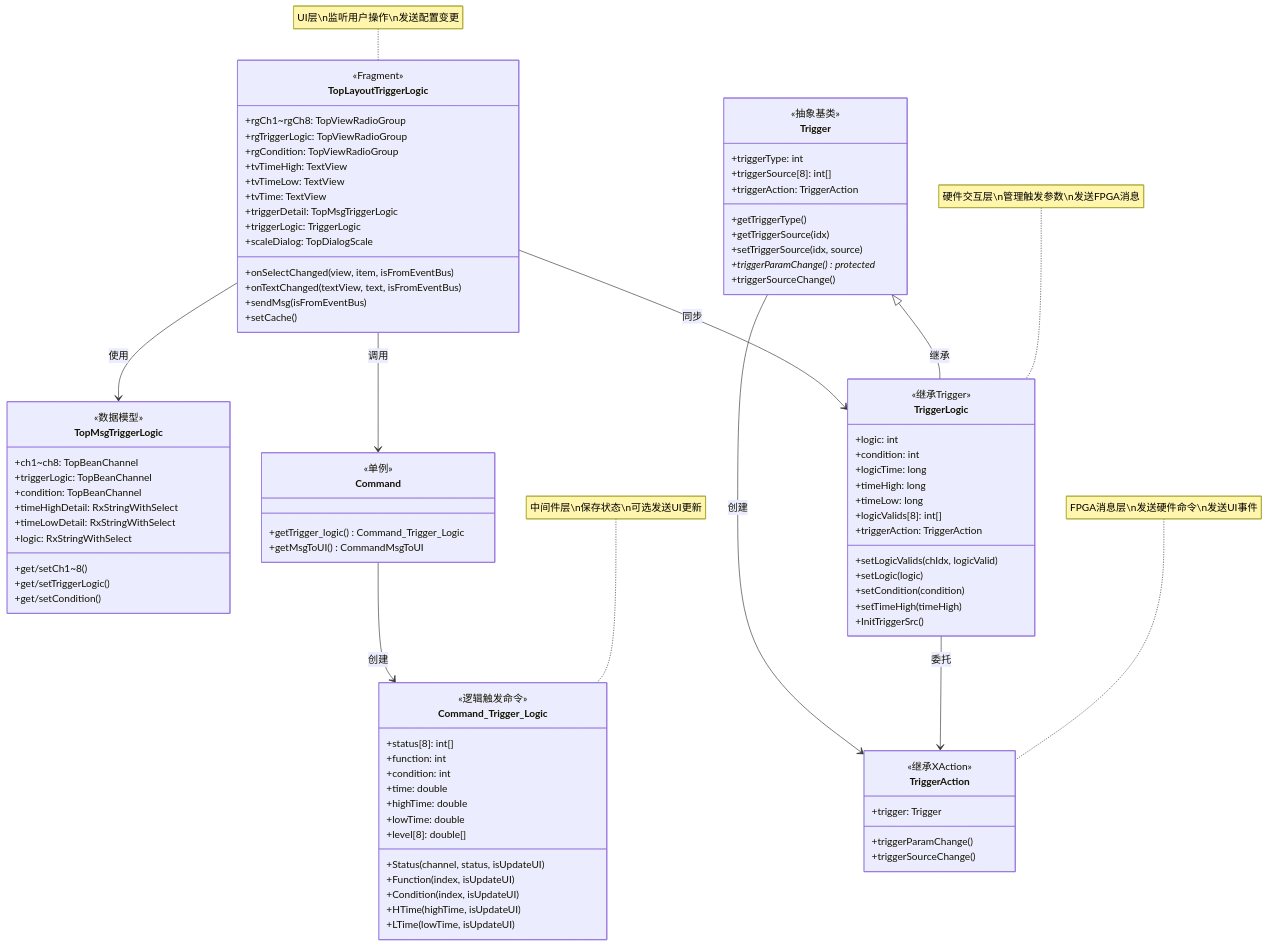
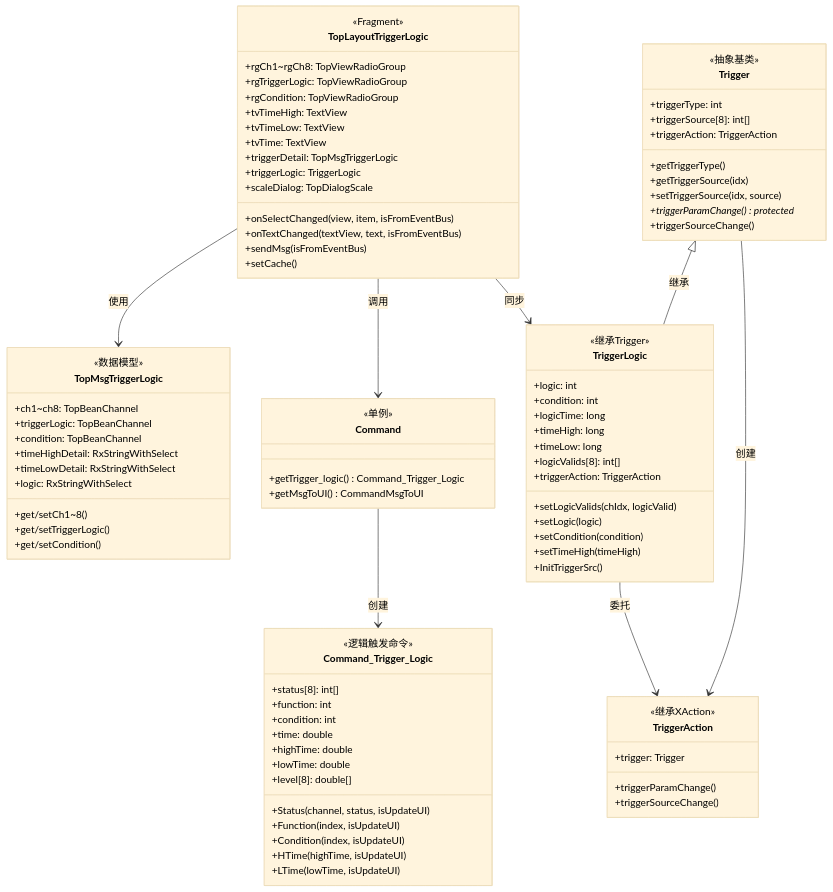
Before and after one commit to beginbeyond2/mic: the fifth of 8 diagrams in 逻辑触发器数据流程.md, drawn with Mermaid. The commit also changed other lines of this file and 39 other files, not shown here.

````diff
--- a/逻辑触发器数据流程.md
+++ b/逻辑触发器数据流程.md
@@ -223,4 +228,5 @@
 ```mermaid
+%%{init: {'theme': 'base', 'themeVariables': { 'primaryTextColor': '#000', 'secondaryTextColor': '#000', 'tertiaryTextColor': '#000', 'lineColor': '#333', 'textColor': '#000'}}}%%
 classDiagram
     direction TB
 
@@ -318,9 +324,4 @@
     Command --> Command_Trigger_Logic : 创建
     TriggerLogic --> TriggerAction : 委托
     Trigger --> TriggerAction : 创建
-
-    note for TopLayoutTriggerLogic "UI层\n监听用户操作\n发送配置变更"
-    note for Command_Trigger_Logic "中间件层\n保存状态\n可选发送UI更新"
-    note for TriggerLogic "硬件交互层\n管理触发参数\n发送FPGA消息"
-    note for TriggerAction "FPGA消息层\n发送硬件命令\n发送UI事件"
 ```
````
